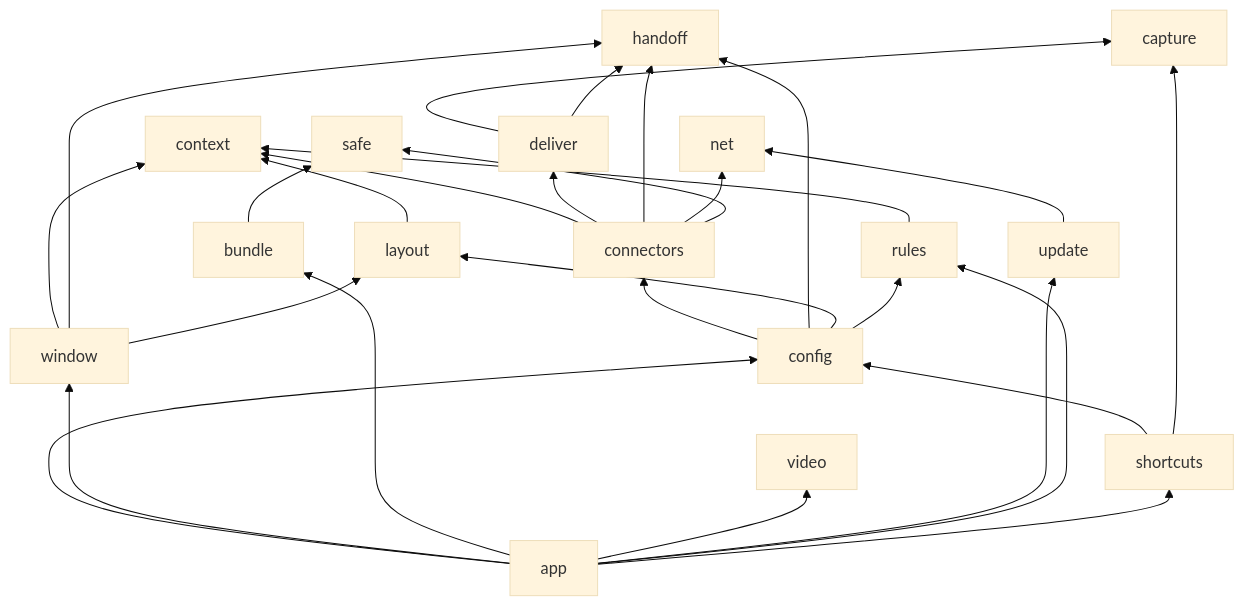
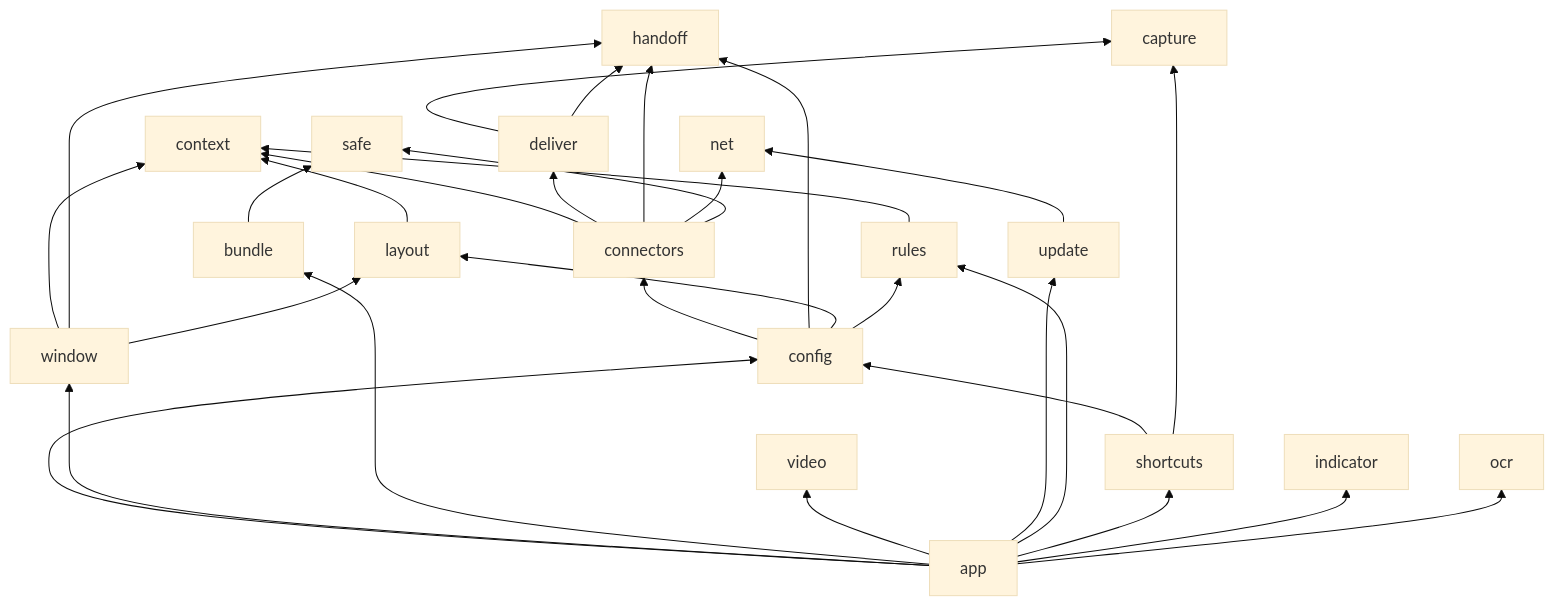
Before and after one commit to SotharL/CargoFrame: the second of 3 diagrams in docs/development-plan.md, drawn with Mermaid (base theme). The commit also changed other lines of this file and 6 other files, not shown here.

````diff
--- a/docs/development-plan.md
+++ b/docs/development-plan.md
@@ -89,15 +89,15 @@
 ```mermaid
 flowchart BT
-    context & safe & handoff & capture & video
+    context & safe & handoff & capture & video & indicator & ocr
     layout --> context
     rules --> context
     window --> context & handoff & layout
     bundle --> safe
     net
     deliver --> capture & handoff
     connectors --> context & deliver & handoff & net & safe
     config --> connectors & handoff & layout & rules
     update --> net
     shortcuts --> config & capture
-    app[app] --> config & window & bundle & video & update & rules & shortcuts
+    app[app] --> config & window & bundle & video & update & rules & shortcuts & indicator & ocr
 ```
````
